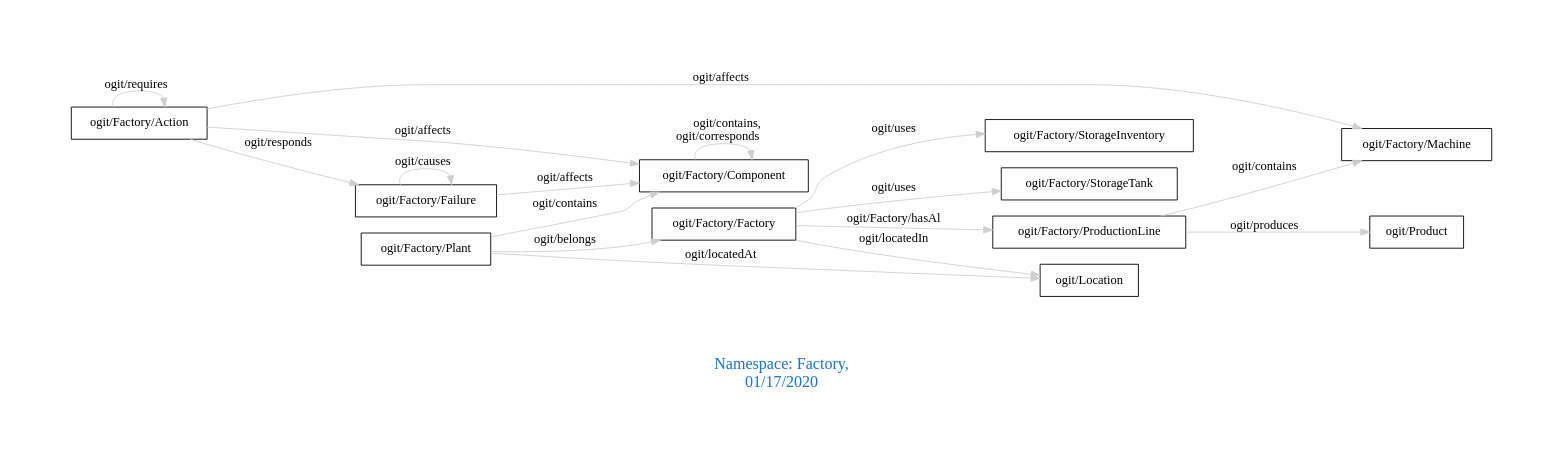
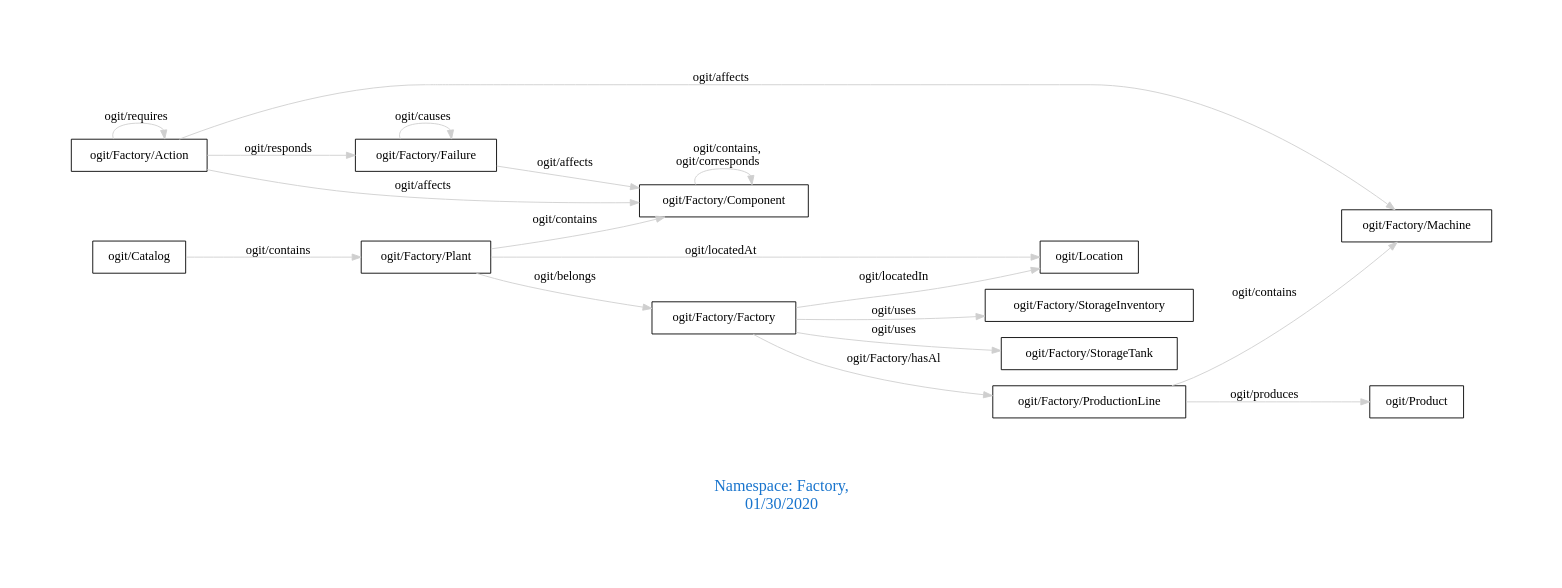
One commit to arago/OGIT changed the diagram in downloads/Factory.dot. Above: the diagram before and after it, drawn with Graphviz. The commit also changed 1675 other files, not shown here.

```diff
--- a/downloads/Factory.dot
+++ b/downloads/Factory.dot
@@ -1,24 +1,25 @@
 digraph OGIT_ontology {
  graph [ rankdir= LR,pad=1 
 fontsize = 18,
-fontcolor= dodgerblue3,label = "\n\n\nNamespace: Factory, \n 01/17/2020"];
+fontcolor= dodgerblue3,label = "\n\n\nNamespace: Factory, \n 01/30/2020"];
 node[shape=polygon];
 edge [  color="gray81"];
 
    "ogit/Factory/Plant" -> "ogit/Factory/Component" [label="   ogit/contains    "];
    "ogit/Factory/ProductionLine" -> "ogit/Factory/Machine" [label="   ogit/contains    "];
+   "ogit/Catalog" -> "ogit/Factory/Plant" [label="   ogit/contains    "];
    "ogit/Factory/Factory" -> "ogit/Factory/ProductionLine" [label="   ogit/Factory/hasAl    "];
    "ogit/Factory/Plant" -> "ogit/Location" [label="   ogit/locatedAt    "];
    "ogit/Factory/Factory" -> "ogit/Location" [label="   ogit/locatedIn    "];
    "ogit/Factory/Action" -> "ogit/Factory/Component" [label="   ogit/affects    "];
    "ogit/Factory/Action" -> "ogit/Factory/Machine" [label="   ogit/affects    "];
    "ogit/Factory/Failure" -> "ogit/Factory/Component" [label="   ogit/affects    "];
    "ogit/Factory/Action" -> "ogit/Factory/Failure" [label="   ogit/responds    "];
    "ogit/Factory/ProductionLine" -> "ogit/Product" [label="   ogit/produces    "];
    "ogit/Factory/Plant" -> "ogit/Factory/Factory" [label="   ogit/belongs    "];
    "ogit/Factory/Factory" -> "ogit/Factory/StorageInventory" [label="   ogit/uses    "];
    "ogit/Factory/Factory" -> "ogit/Factory/StorageTank" [label="   ogit/uses    "];
    "ogit/Factory/Action" -> "ogit/Factory/Action" [label="   ogit/requires    "];
    "ogit/Factory/Component" -> "ogit/Factory/Component" [label="   ogit/contains, \n ogit/corresponds    "];
    "ogit/Factory/Failure" -> "ogit/Factory/Failure" [label="   ogit/causes    "];
 }
```
